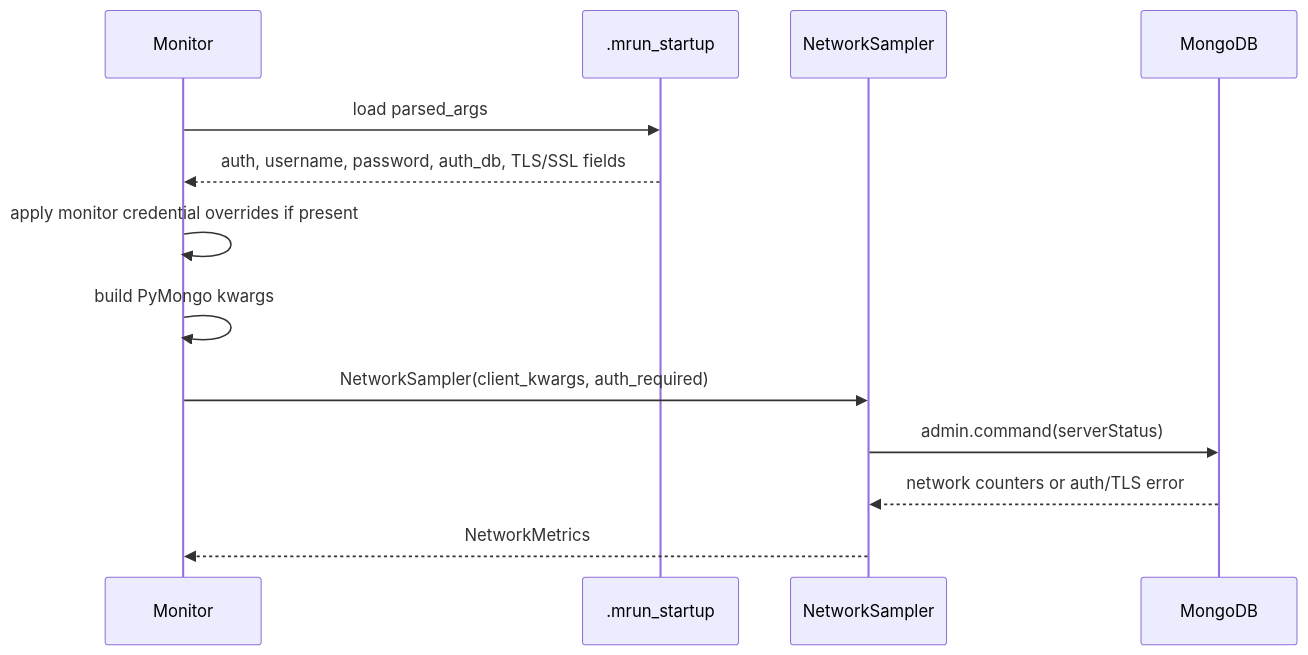
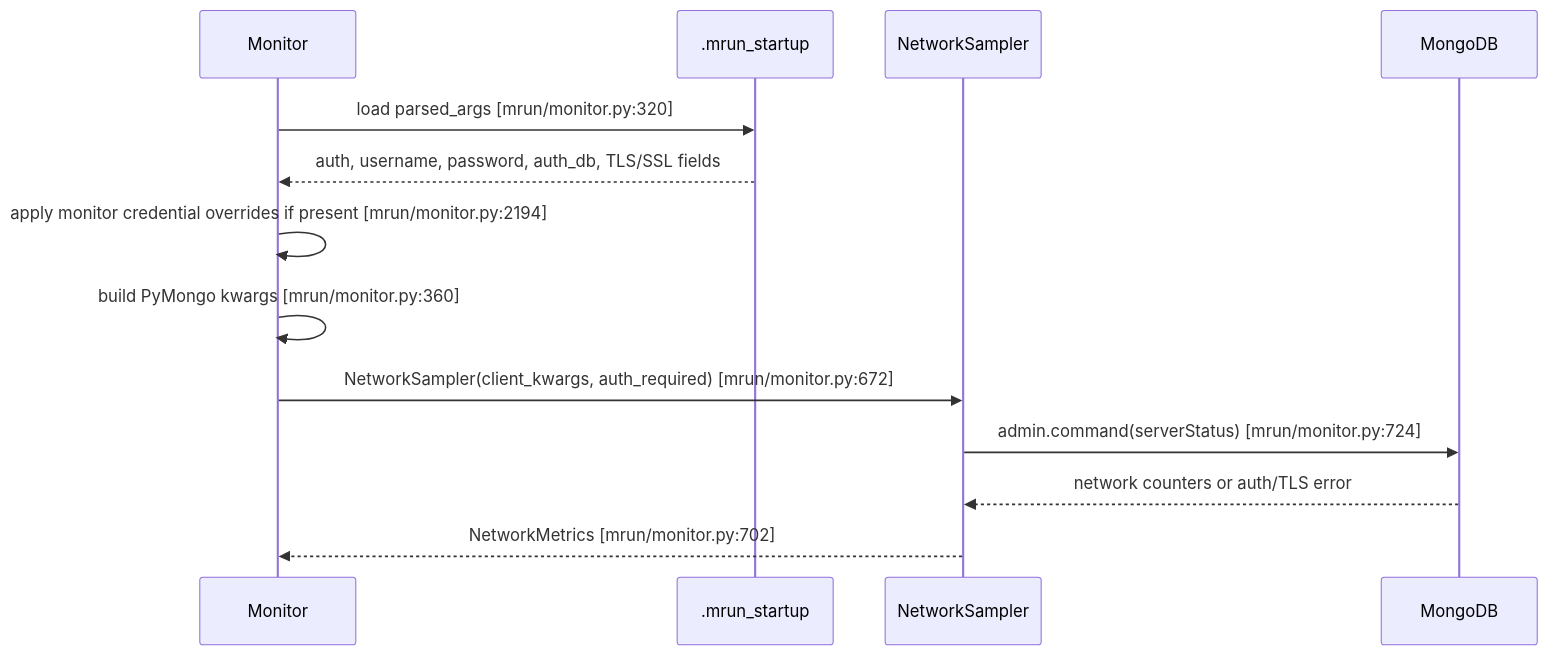
One commit to mongodb/mlaunch changed the third of 10 diagrams in doc/feature-monitor-guide.md. Above: the diagram before and after it, drawn with Mermaid. The commit also changed other lines of this file and 3 other files, not shown here.

Commit message:
monitor: expand server status subsystem view

````diff
--- a/doc/feature-monitor-guide.md
+++ b/doc/feature-monitor-guide.md
@@ -179,16 +183,16 @@
 ```mermaid
 sequenceDiagram
     participant Monitor as Monitor
     participant FS as .mrun_startup
     participant Sampler as NetworkSampler
     participant Mongo as MongoDB
 
-    Monitor->>FS: load parsed_args
+    Monitor->>FS: load parsed_args [mrun/monitor.py:320]
     FS-->>Monitor: auth, username, password, auth_db, TLS/SSL fields
-    Monitor->>Monitor: apply monitor credential overrides if present
-    Monitor->>Monitor: build PyMongo kwargs
-    Monitor->>Sampler: NetworkSampler(client_kwargs, auth_required)
-    Sampler->>Mongo: admin.command(serverStatus)
+    Monitor->>Monitor: apply monitor credential overrides if present [mrun/monitor.py:2194]
+    Monitor->>Monitor: build PyMongo kwargs [mrun/monitor.py:360]
+    Monitor->>Sampler: NetworkSampler(client_kwargs, auth_required) [mrun/monitor.py:672]
+    Sampler->>Mongo: admin.command(serverStatus) [mrun/monitor.py:724]
     Mongo-->>Sampler: network counters or auth/TLS error
-    Sampler-->>Monitor: NetworkMetrics
+    Sampler-->>Monitor: NetworkMetrics [mrun/monitor.py:702]
 ```
````
